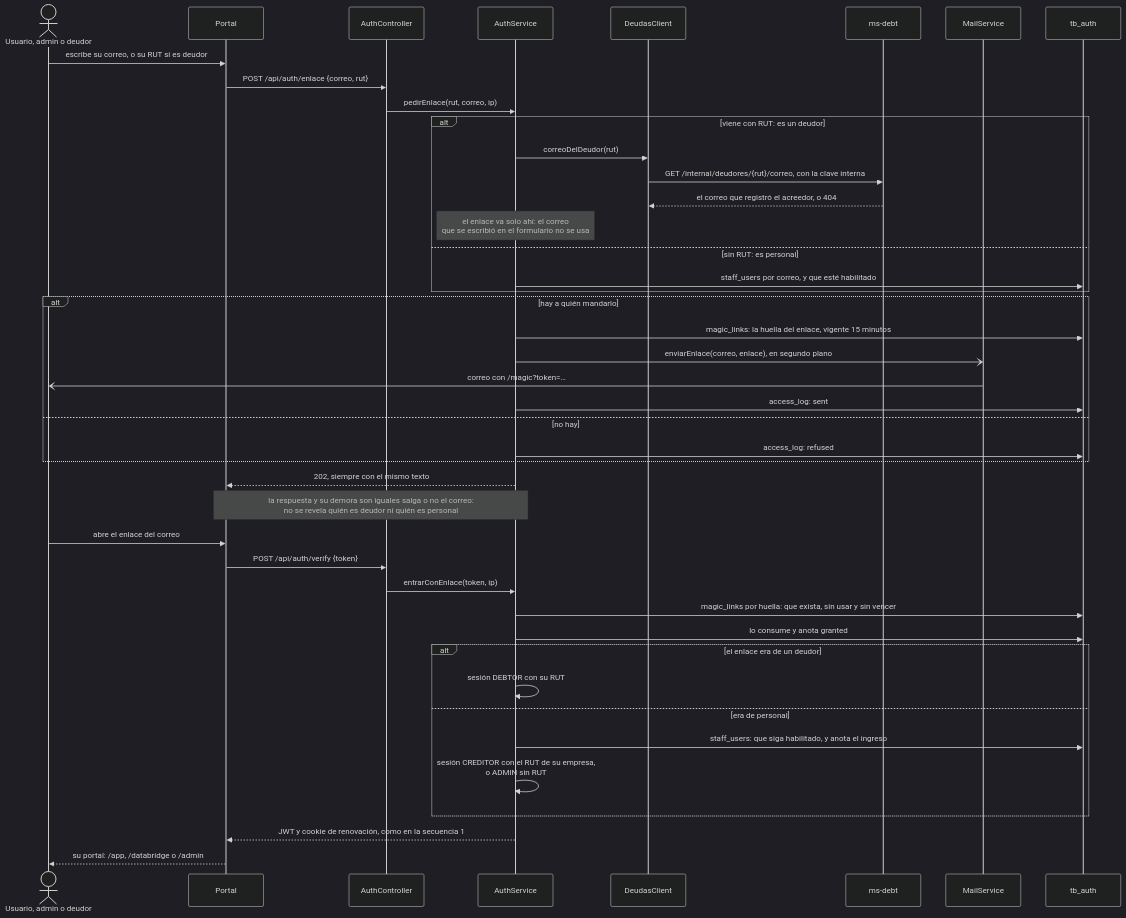
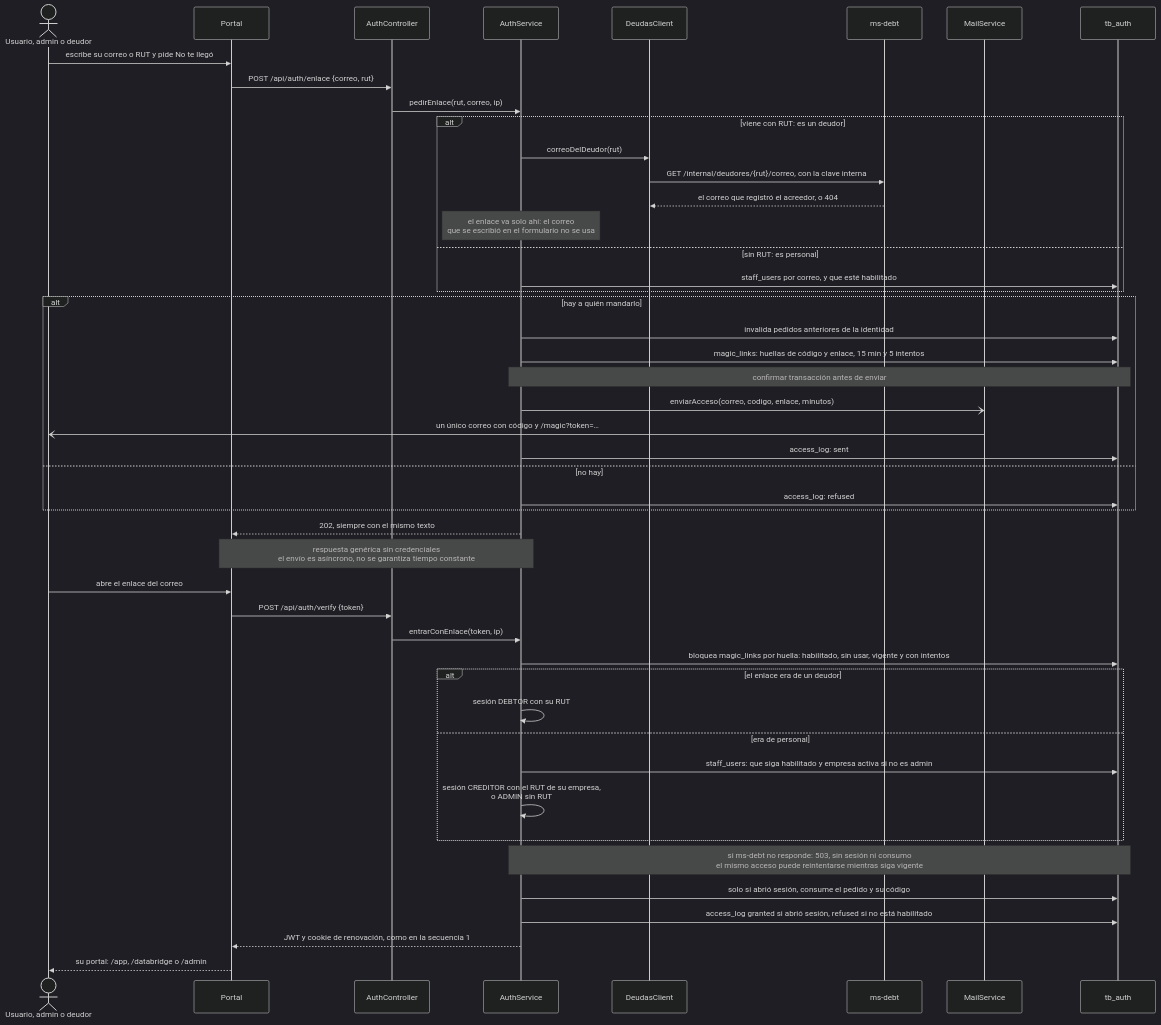
One commit to TechnicalBridge/DataBridge changed the second of 16 diagrams in docs/diagramas/secuencia.md. Above: the diagram before and after it, drawn with Mermaid (dark theme). The commit also changed other lines of this file and 29 other files, not shown here.

First line of the commit message:
feat(acceso): Código primero y respaldo combinado en los tres portales (#223)

````diff
--- a/docs/diagramas/secuencia.md
+++ b/docs/diagramas/secuencia.md
@@ -93,47 +101,51 @@
 ```mermaid
 sequenceDiagram
     actor U as Usuario, admin o deudor
     participant P as Portal
     participant AC as AuthController
     participant AS as AuthService
     participant DC as DeudasClient
     participant MD as ms-debt
     participant M as MailService
     participant B as tb_auth
 
-    U->>P: escribe su correo, o su RUT si es deudor
+    U->>P: escribe su correo o RUT y pide No te llegó
     P->>AC: POST /api/auth/enlace {correo, rut}
     AC->>AS: pedirEnlace(rut, correo, ip)
     alt viene con RUT: es un deudor
         AS->>DC: correoDelDeudor(rut)
         DC->>MD: GET /internal/deudores/{rut}/correo, con la clave interna
         MD-->>DC: el correo que registró el acreedor, o 404
         Note over AS: el enlace va solo ahí: el correo<br/>que se escribió en el formulario no se usa
     else sin RUT: es personal
         AS->>B: staff_users por correo, y que esté habilitado
     end
     alt hay a quién mandarlo
-        AS->>B: magic_links: la huella del enlace, vigente 15 minutos
-        AS-)M: enviarEnlace(correo, enlace), en segundo plano
-        M-)U: correo con /magic?token=…
+        AS->>B: invalida pedidos anteriores de la identidad
+        AS->>B: magic_links: huellas de código y enlace, 15 min y 5 intentos
+        Note over AS,B: confirmar transacción antes de enviar
+        AS-)M: enviarAcceso(correo, codigo, enlace, minutos)
+        M-)U: un único correo con código y /magic?token=…
         AS->>B: access_log: sent
     else no hay
         AS->>B: access_log: refused
     end
     AS-->>P: 202, siempre con el mismo texto
-    Note over AS,P: la respuesta y su demora son iguales salga o no el correo:<br/>no se revela quién es deudor ni quién es personal
+    Note over AS,P: respuesta genérica sin credenciales<br/>el envío es asíncrono, no se garantiza tiempo constante
 
     U->>P: abre el enlace del correo
     P->>AC: POST /api/auth/verify {token}
     AC->>AS: entrarConEnlace(token, ip)
-    AS->>B: magic_links por huella: que exista, sin usar y sin vencer
-    AS->>B: lo consume y anota granted
+    AS->>B: bloquea magic_links por huella: habilitado, sin usar, vigente y con intentos
     alt el enlace era de un deudor
         AS->>AS: sesión DEBTOR con su RUT
     else era de personal
-        AS->>B: staff_users: que siga habilitado, y anota el ingreso
+        AS->>B: staff_users: que siga habilitado y empresa activa si no es admin
         AS->>AS: sesión CREDITOR con el RUT de su empresa,<br/>o ADMIN sin RUT
     end
+    Note over AS,B: si ms-debt no responde: 503, sin sesión ni consumo<br/>el mismo acceso puede reintentarse mientras siga vigente
+    AS->>B: solo si abrió sesión, consume el pedido y su código
+    AS->>B: access_log granted si abrió sesión, refused si no está habilitado
     AS-->>P: JWT y cookie de renovación, como en la secuencia 1
     P-->>U: su portal: /app, /databridge o /admin
 ```
````
